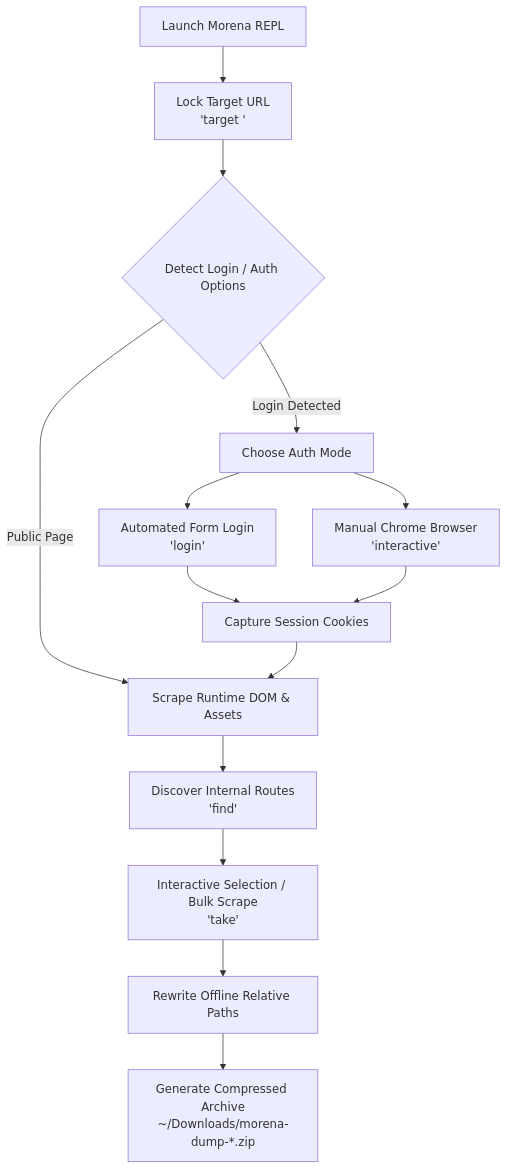
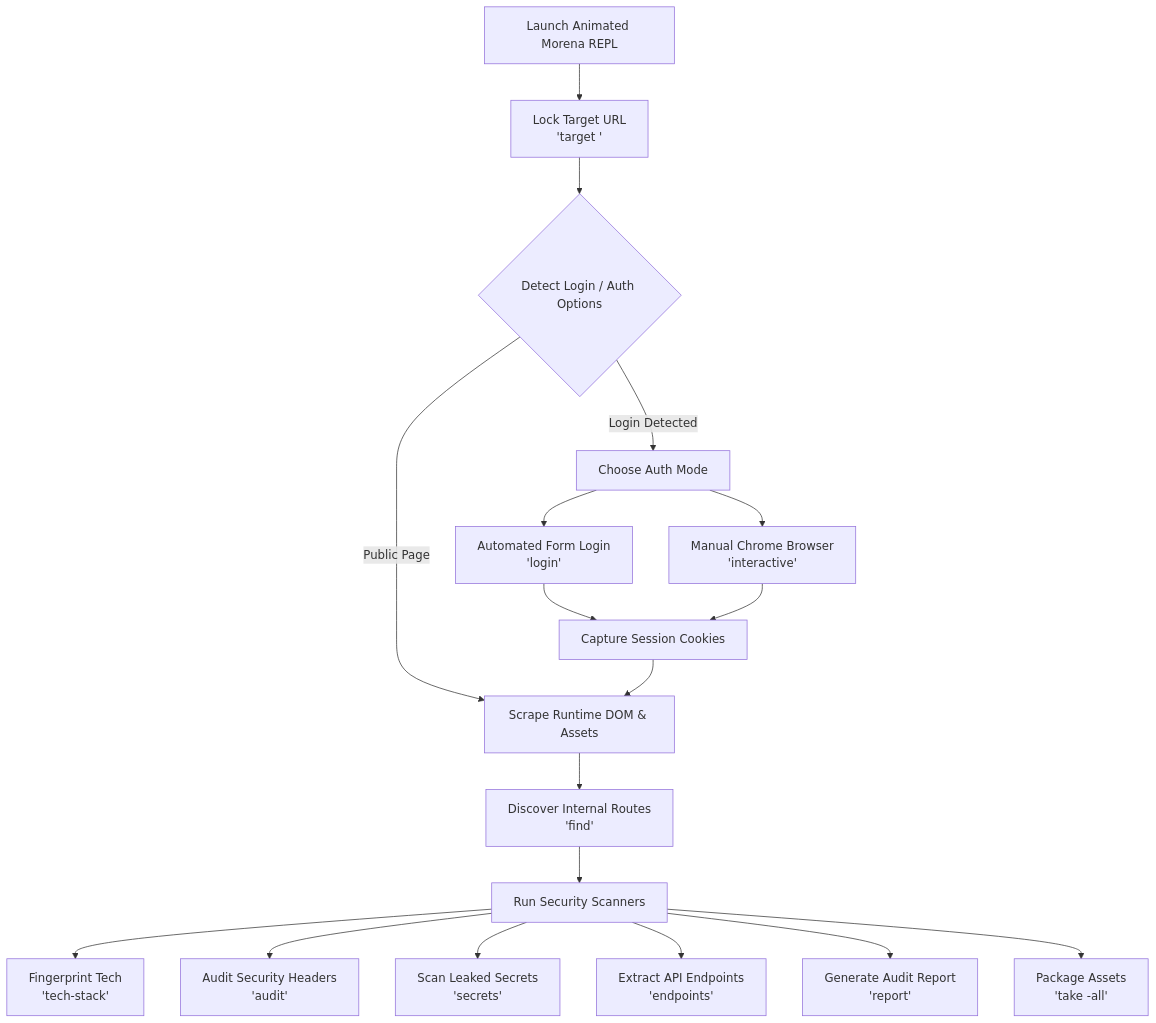
One commit to antoniusjairus4/Morena changed the diagram in README.md. Above: the diagram before and after it, drawn with Mermaid. The commit also changed other lines of this file and 4 other files, not shown here.

Commit message:
Add tech-stack, secrets, endpoints, audit, report commands and cyberpunk hacker boot animation

````diff
--- a/README.md
+++ b/README.md
@@ -43,16 +46,20 @@
 ```mermaid
 flowchart TD
-    A[Launch Morena REPL] --> B[Lock Target URL\n'target <url>']
+    A[Launch Animated Morena REPL] --> B[Lock Target URL\n'target <url>']
     B --> C{Detect Login / Auth Options}
     C -- Login Detected --> D[Choose Auth Mode]
     D --> E[Automated Form Login\n'login']
     D --> F[Manual Chrome Browser\n'interactive']
     E --> G[Capture Session Cookies]
     F --> G
     C -- Public Page --> H[Scrape Runtime DOM & Assets]
     G --> H
     H --> I[Discover Internal Routes\n'find']
-    I --> J[Interactive Selection / Bulk Scrape\n'take']
-    J --> K[Rewrite Offline Relative Paths]
-    K --> L[Generate Compressed Archive\n~/Downloads/morena-dump-*.zip]
+    I --> J[Run Security Scanners]
+    J --> K1[Fingerprint Tech\n'tech-stack']
+    J --> K2[Audit Security Headers\n'audit']
+    J --> K3[Scan Leaked Secrets\n'secrets']
+    J --> K4[Extract API Endpoints\n'endpoints']
+    J --> L[Generate Audit Report\n'report']
+    J --> M[Package Assets\n'take -all']
 ```
````
